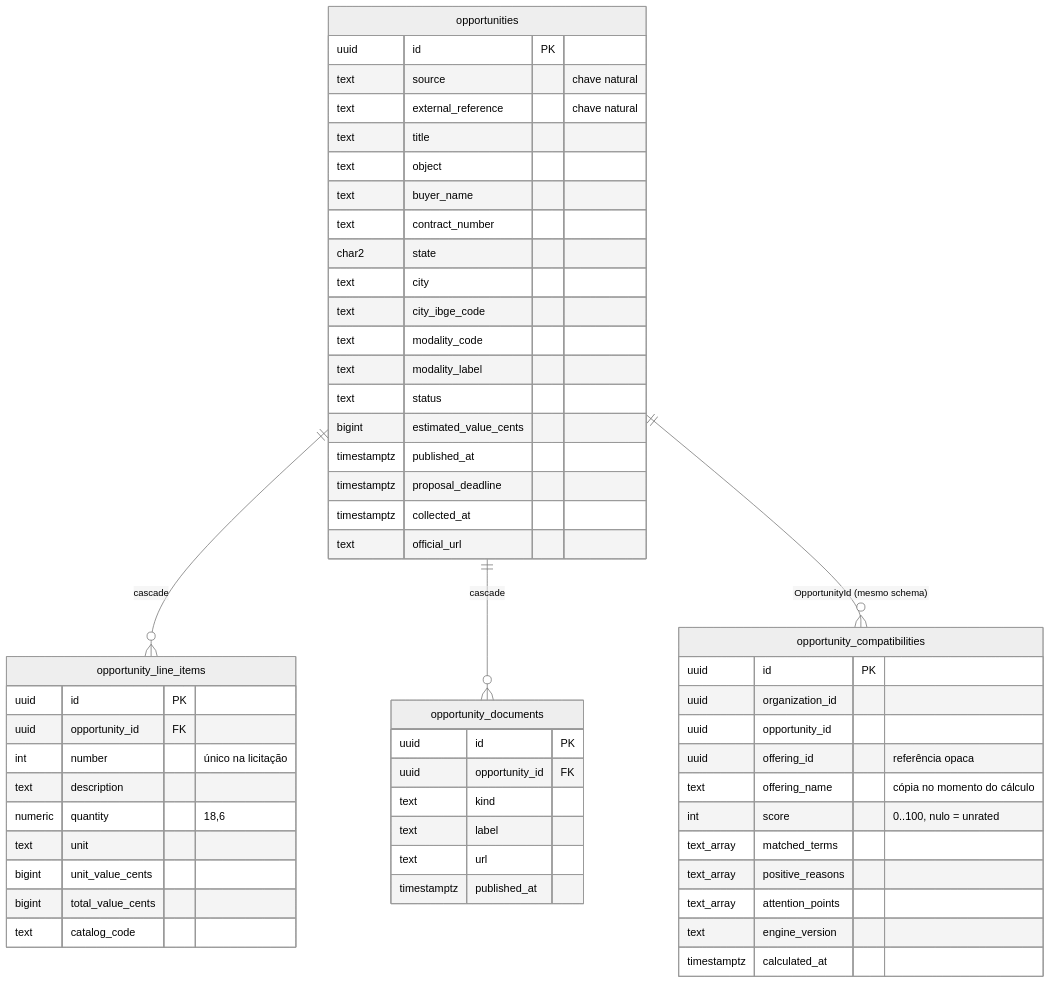
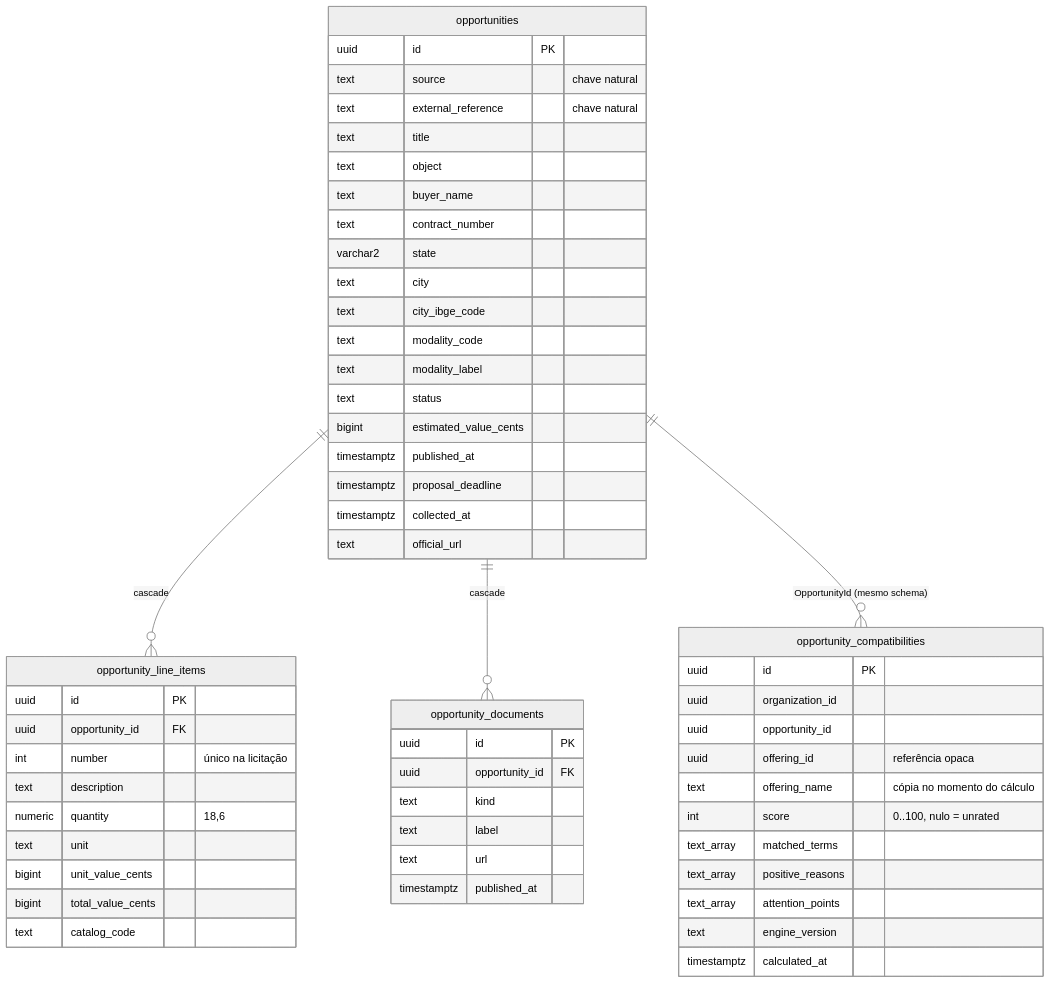
One commit to lucasvidalz/licitaedital-api2 changed the third of 6 diagrams in docs/modelagem-dados.md. Above: the diagram before and after it, drawn with Mermaid (neutral theme). The commit also changed other lines of this file and 15 other files, not shown here.

````diff
--- a/docs/modelagem-dados.md
+++ b/docs/modelagem-dados.md
@@ -114,59 +125,59 @@
 ```mermaid
 erDiagram
   opportunities ||--o{ opportunity_line_items : "cascade"
   opportunities ||--o{ opportunity_documents : "cascade"
   opportunities ||--o{ opportunity_compatibilities : "OpportunityId (mesmo schema)"
 
   opportunities {
     uuid id PK
     text source "chave natural"
     text external_reference "chave natural"
     text title
     text object
     text buyer_name
     text contract_number
-    char2 state
+    varchar2 state
     text city
     text city_ibge_code
     text modality_code
     text modality_label
     text status
     bigint estimated_value_cents
     timestamptz published_at
     timestamptz proposal_deadline
     timestamptz collected_at
     text official_url
   }
   opportunity_line_items {
     uuid id PK
     uuid opportunity_id FK
     int number "único na licitação"
     text description
     numeric quantity "18,6"
     text unit
     bigint unit_value_cents
     bigint total_value_cents
     text catalog_code
   }
   opportunity_documents {
     uuid id PK
     uuid opportunity_id FK
     text kind
     text label
     text url
     timestamptz published_at
   }
   opportunity_compatibilities {
     uuid id PK
     uuid organization_id
     uuid opportunity_id
     uuid offering_id "referência opaca"
     text offering_name "cópia no momento do cálculo"
     int score "0..100, nulo = unrated"
     text_array matched_terms
     text_array positive_reasons
     text_array attention_points
     text engine_version
     timestamptz calculated_at
   }
 ```
````
